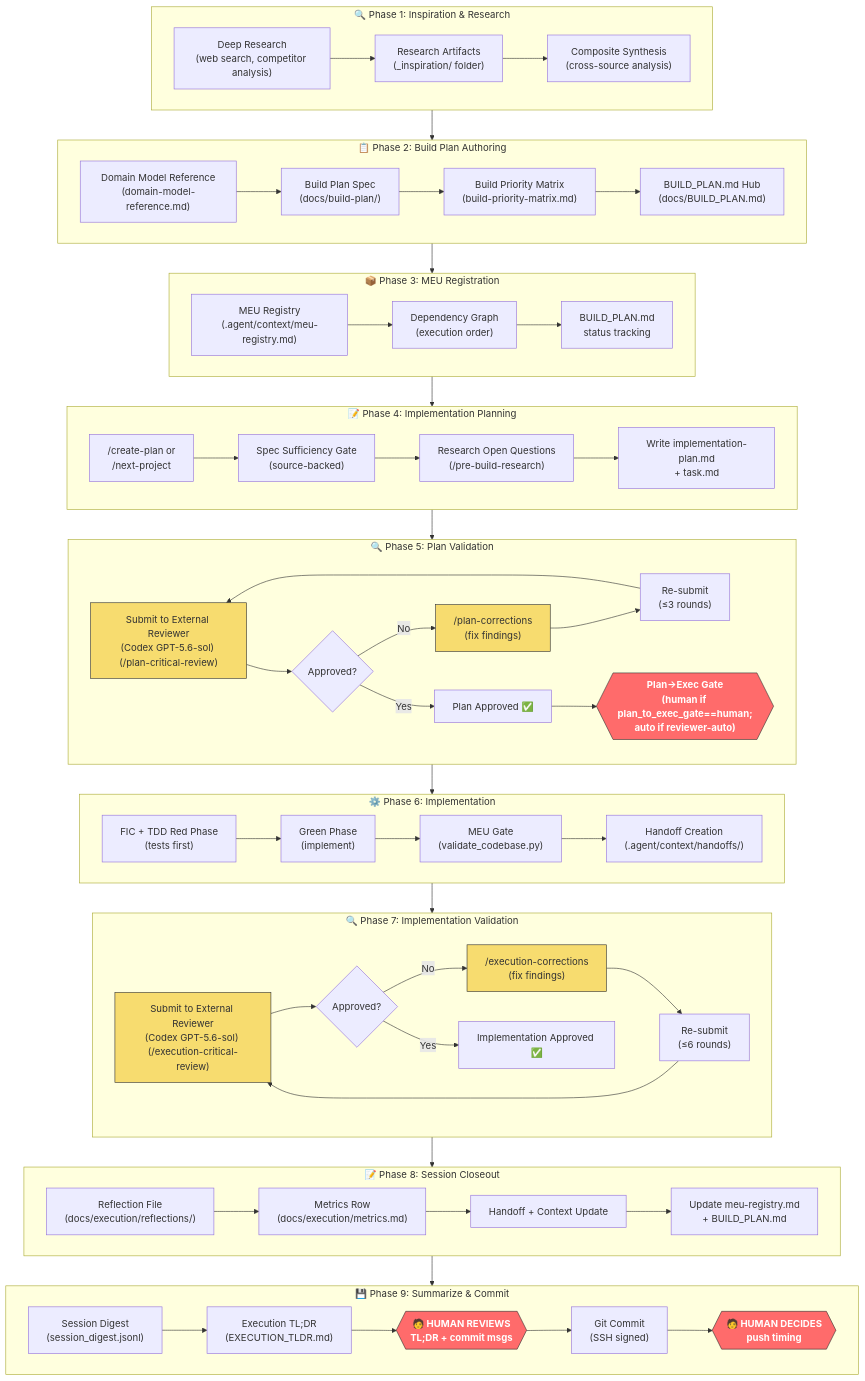
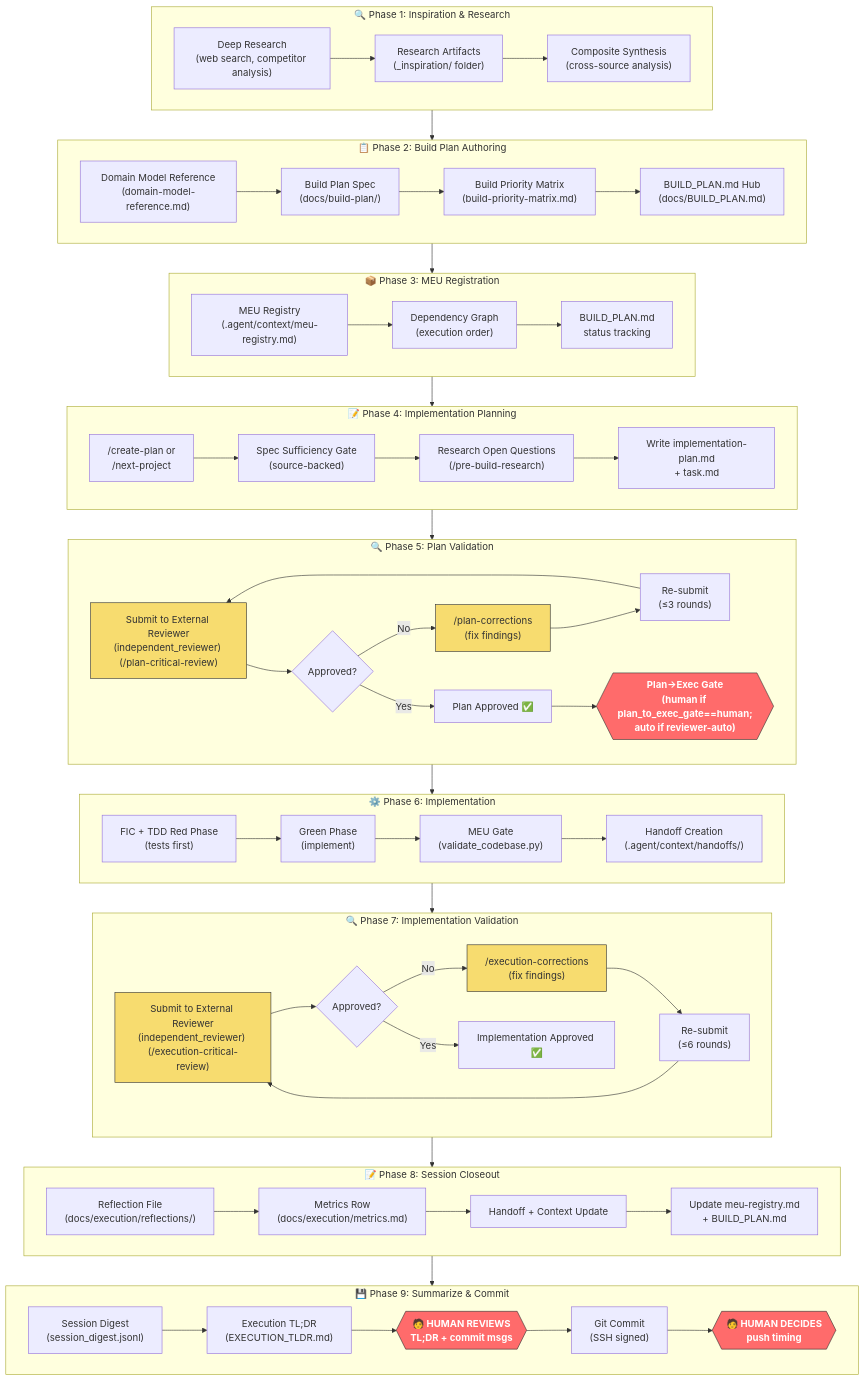
One commit to matbanik/agentic-framework changed the first of 3 diagrams in core/.agent/docs/development-lifecycle.md. Above: the diagram before and after it, drawn with Mermaid. The commit also changed 19 other files, not shown here.

```diff
--- a/core/.agent/docs/development-lifecycle.md
+++ b/core/.agent/docs/development-lifecycle.md
@@ -49,7 +49,7 @@
     end
 
     subgraph PHASE_5["🔍 Phase 5: Plan Validation"]
-        E1["Submit to External Reviewer<br/>(Codex GPT-5.6-sol) (/plan-critical-review)"]
+        E1["Submit to External Reviewer<br/>(independent_reviewer) (/plan-critical-review)"]
         E2{"Approved?"}
         E3["/plan-corrections<br/>(fix findings)"]
         E4["Re-submit<br/>(≤3 rounds)"]
@@ -68,7 +68,7 @@
     end
 
     subgraph PHASE_7["🔍 Phase 7: Implementation Validation"]
-        G1["Submit to External Reviewer<br/>(Codex GPT-5.6-sol) (/execution-critical-review)"]
+        G1["Submit to External Reviewer<br/>(independent_reviewer) (/execution-critical-review)"]
         G2{"Approved?"}
         G3["/execution-corrections<br/>(fix findings)"]
         G4["Re-submit<br/>(≤6 rounds)"]
```
